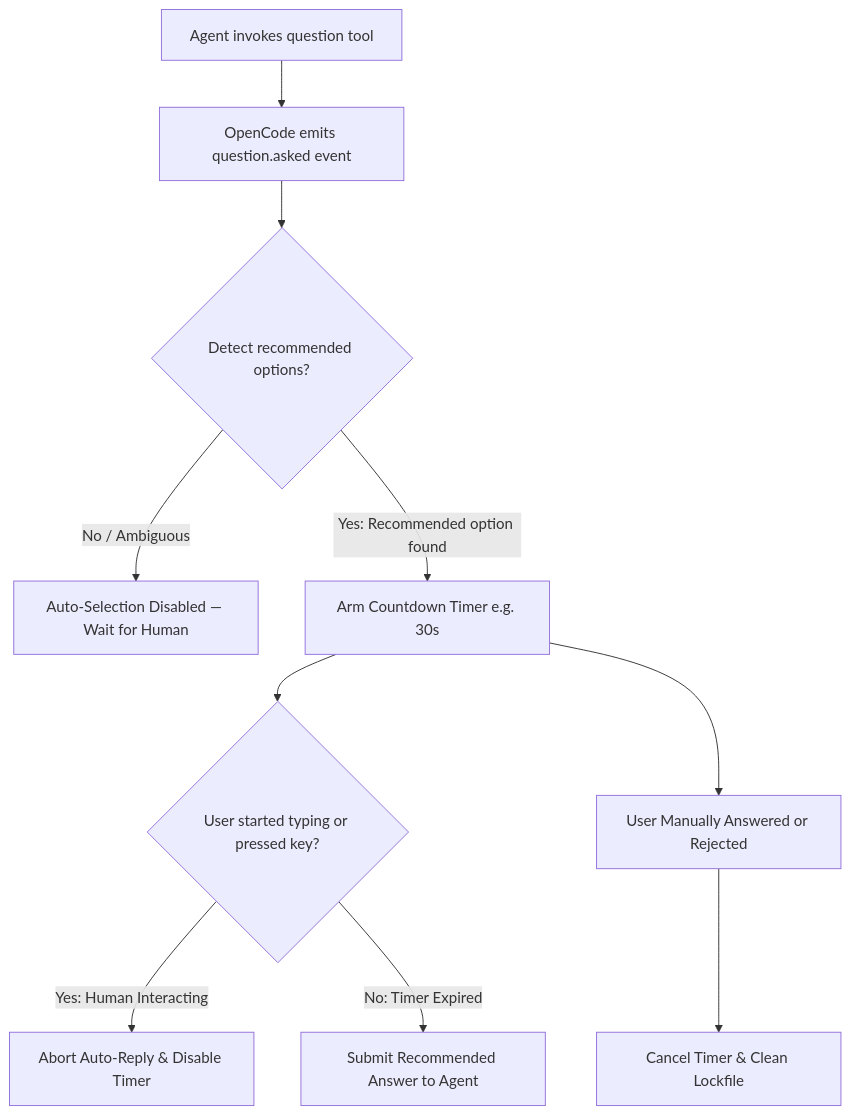
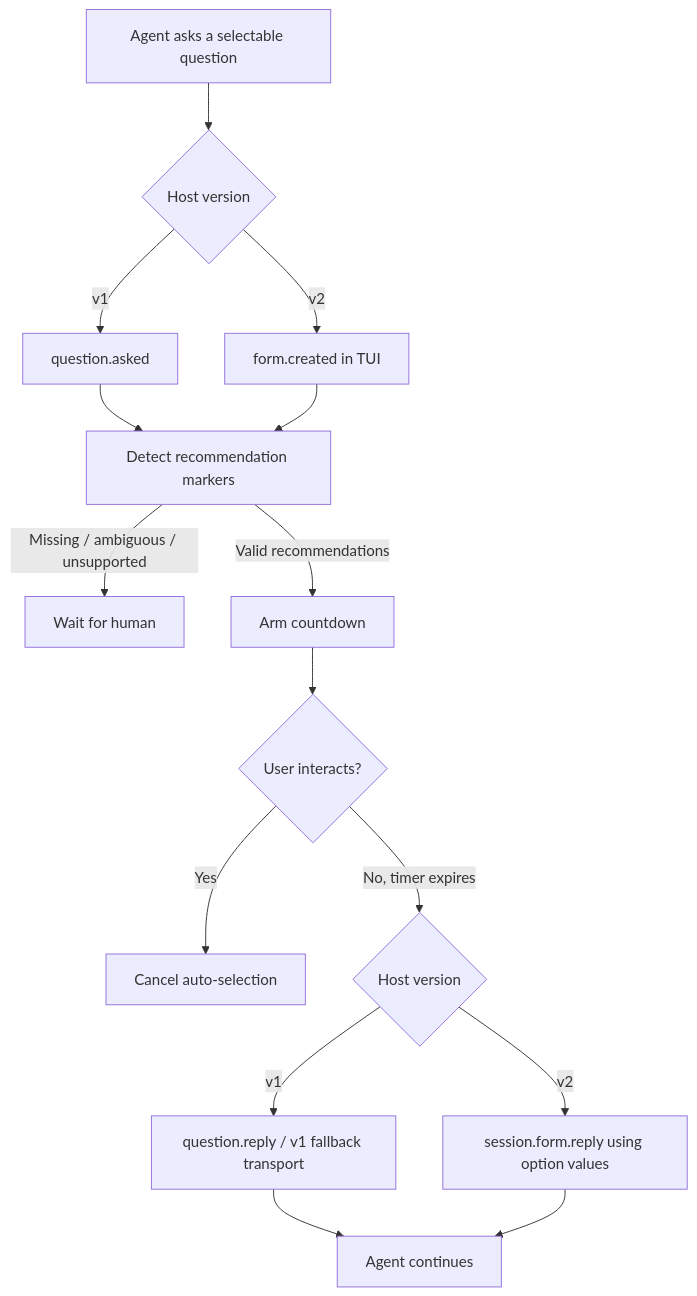
Before and after one commit to huseyincig/opencode-smart-questions: the diagram in README.md, drawn with Mermaid. The commit also changed other lines of this file and 33 other files, not shown here.

````diff
--- a/README.md
+++ b/README.md
@@ -120,12 +137,17 @@
 ```mermaid
 flowchart TD
-    A[Agent invokes question tool] --> B[OpenCode emits question.asked event]
-    B --> C{Detect recommended options?}
-    C -->|No / Ambiguous| D[Auto-Selection Disabled — Wait for Human]
-    C -->|Yes: Recommended option found| E[Arm Countdown Timer e.g. 30s]
-    E --> F{User started typing or pressed key?}
-    F -->|Yes: Human Interacting| G[Abort Auto-Reply & Disable Timer]
-    F -->|No: Timer Expired| H[Submit Recommended Answer to Agent]
-    E --> I[User Manually Answered or Rejected]
-    I --> J[Cancel Timer & Clean Lockfile]
+    A[Agent asks a selectable question] --> B{Host version}
+    B -->|v1| C[question.asked]
+    B -->|v2| D[form.created in TUI]
+    C --> E[Detect recommendation markers]
+    D --> E
+    E -->|Missing / ambiguous / unsupported| F[Wait for human]
+    E -->|Valid recommendations| G[Arm countdown]
+    G --> H{User interacts?}
+    H -->|Yes| I[Cancel auto-selection]
+    H -->|No, timer expires| J{Host version}
+    J -->|v1| K[question.reply / v1 fallback transport]
+    J -->|v2| L[session.form.reply using option values]
+    K --> M[Agent continues]
+    L --> M
 ```
````
